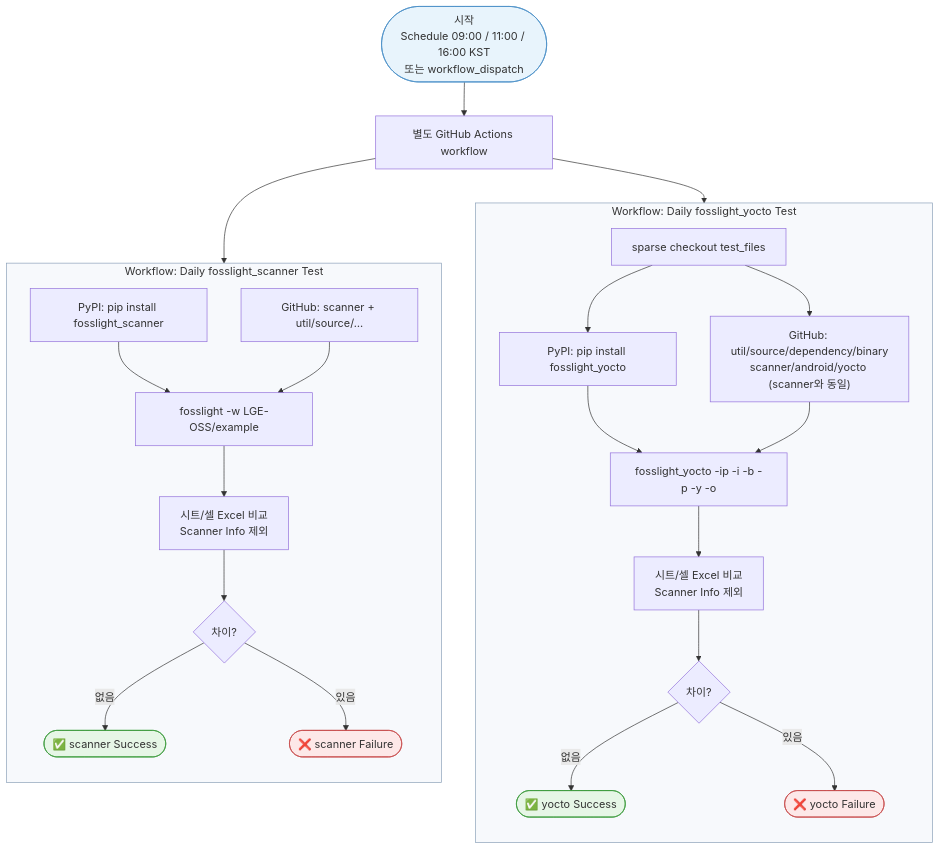
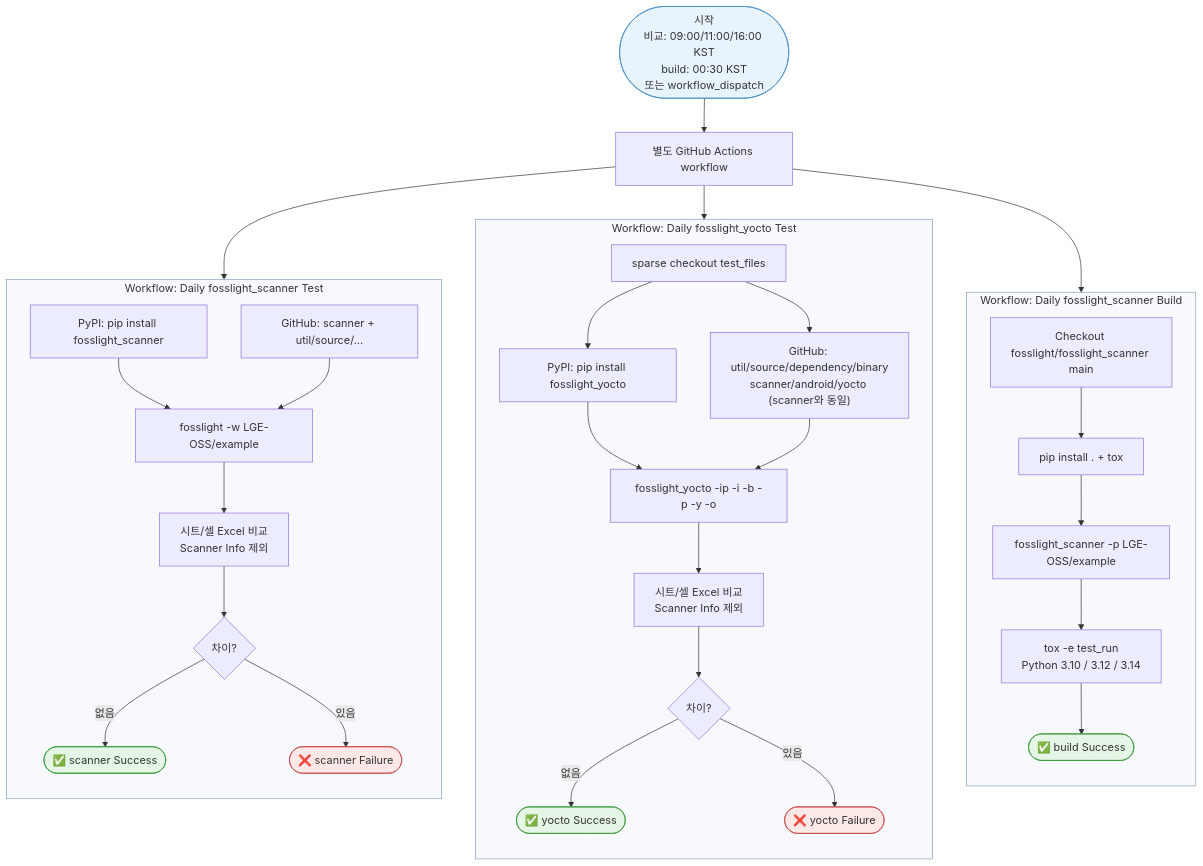
Before and after one commit to fosslight/fosslight_scanner_test: the first of 3 diagrams in docs/flowchart.md, drawn with Mermaid. The commit also changed other lines of this file and 2 other files, not shown here.

Commit message:
Move fosslight_scanner daily build check into this repository.
Run example scan and tox against fosslight_scanner main on a daily schedule.

````diff
--- a/docs/flowchart.md
+++ b/docs/flowchart.md
@@ -7,48 +7,61 @@
 ```mermaid
 flowchart TD
-    Start([시작<br/>Schedule 09:00 / 11:00 / 16:00 KST<br/>또는 workflow_dispatch]) --> Split
+    Start([시작<br/>비교: 09:00/11:00/16:00 KST<br/>build: 00:30 KST<br/>또는 workflow_dispatch]) --> Split
 
     Split[별도 GitHub Actions workflow]
 
     Split --> T1
     Split --> T2
+    Split --> T3
 
     subgraph T1["Workflow: Daily fosslight_scanner Test"]
         direction TB
         S1["PyPI: pip install fosslight_scanner"]
         S2["GitHub: scanner + util/source/…"]
         S3["fosslight -w LGE-OSS/example"]
         S4["시트/셀 Excel 비교<br/>Scanner Info 제외"]
         S1 --> S3
         S2 --> S3
         S3 --> S4
         S4 --> SR{차이?}
         SR -->|없음| SPass([✅ scanner Success])
         SR -->|있음| SFail([❌ scanner Failure])
     end
 
     subgraph T2["Workflow: Daily fosslight_yocto Test"]
         direction TB
         Y0[sparse checkout test_files]
         Y1["PyPI: pip install fosslight_yocto"]
         Y2["GitHub: util/source/dependency/binary<br/>scanner/android/yocto (scanner와 동일)"]
         Y3["fosslight_yocto -ip -i -b -p -y -o"]
         Y4["시트/셀 Excel 비교<br/>Scanner Info 제외"]
         Y0 --> Y1
         Y0 --> Y2
         Y1 --> Y3
         Y2 --> Y3
         Y3 --> Y4
         Y4 --> YR{차이?}
         YR -->|없음| YPass([✅ yocto Success])
         YR -->|있음| YFail([❌ yocto Failure])
     end
 
+    subgraph T3["Workflow: Daily fosslight_scanner Build"]
+        direction TB
+        B1["Checkout fosslight/fosslight_scanner main"]
+        B2["pip install . + tox"]
+        B3["fosslight_scanner -p LGE-OSS/example"]
+        B4["tox -e test_run<br/>Python 3.10 / 3.12 / 3.14"]
+        B1 --> B2 --> B3 --> B4
+        B4 --> BPass([✅ build Success])
+    end
+
     style Start fill:#e8f4fc,stroke:#4a90c8
     style SPass fill:#e6f6e6,stroke:#3a9a3a
     style YPass fill:#e6f6e6,stroke:#3a9a3a
+    style BPass fill:#e6f6e6,stroke:#3a9a3a
     style SFail fill:#fde8e8,stroke:#c84a4a
     style YFail fill:#fde8e8,stroke:#c84a4a
     style T1 fill:#f7f9fc,stroke:#8aa0b8
     style T2 fill:#f7f9fc,stroke:#8aa0b8
+    style T3 fill:#f7f9fc,stroke:#8aa0b8
 ```
````
